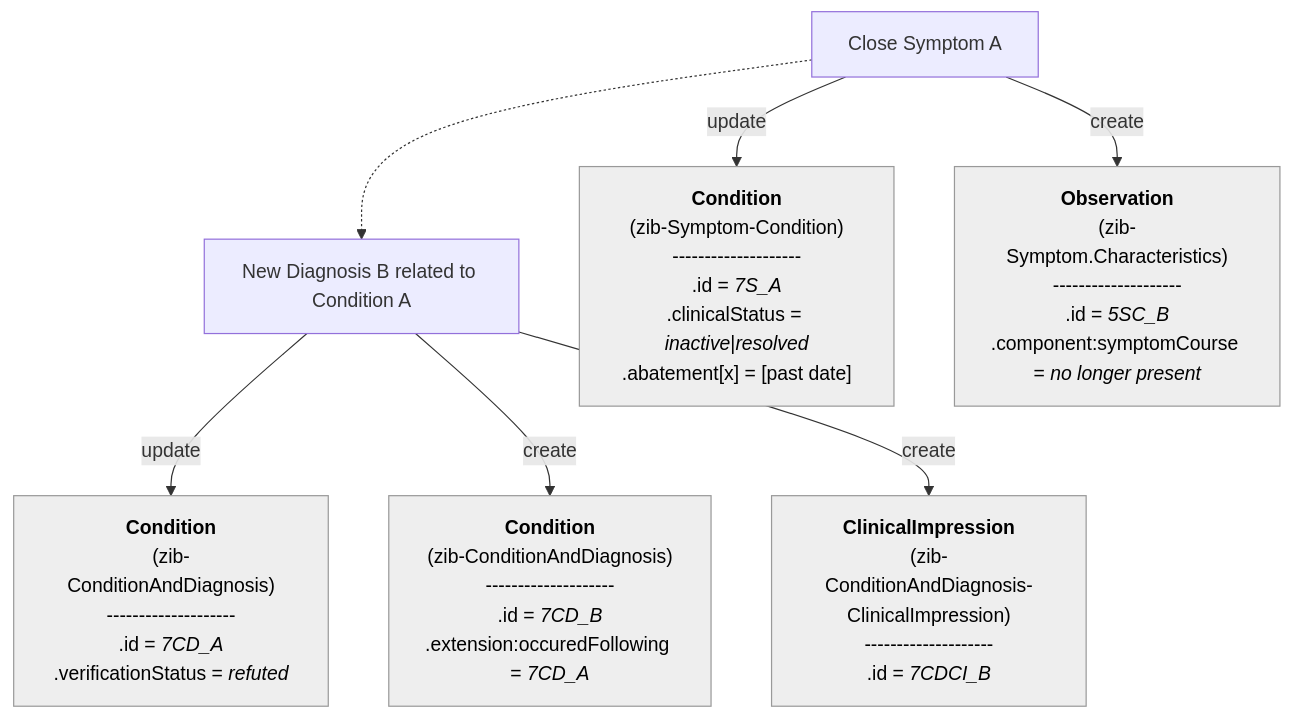
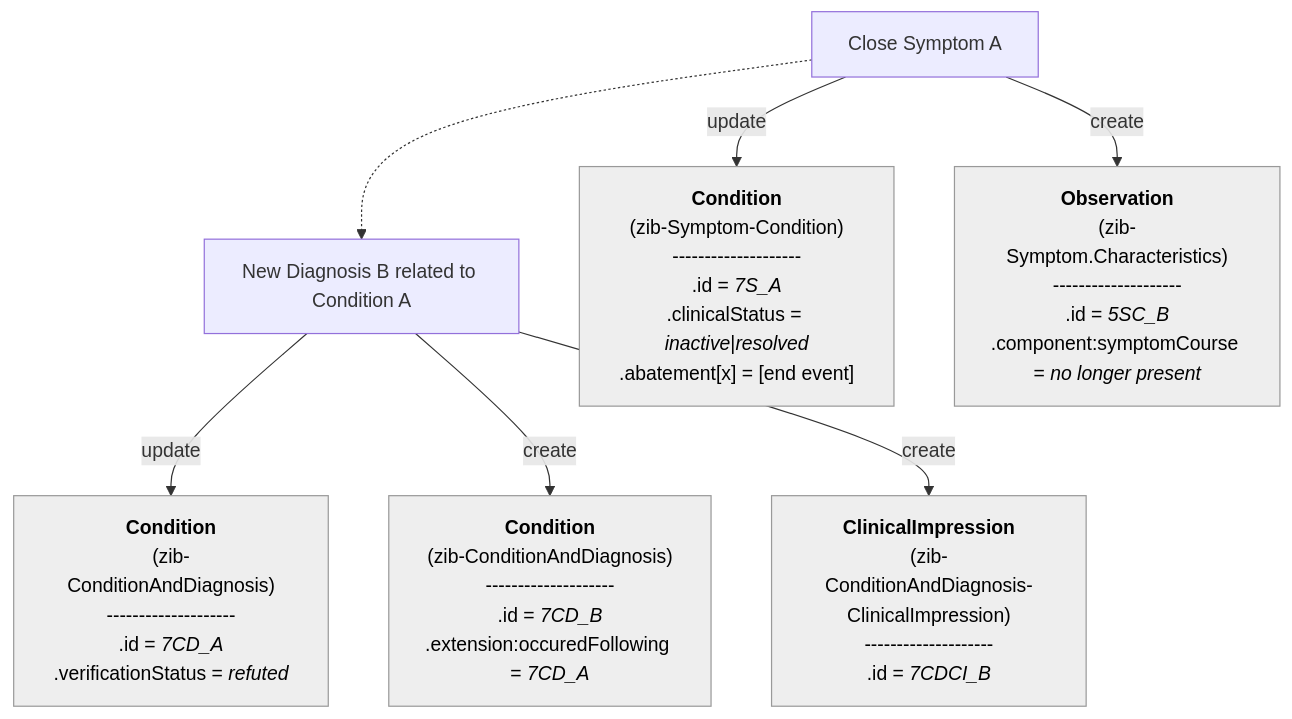
One commit to Nictiz/Nictiz-R4-zib2024 changed diagram 18 of 31 in documentation/Condition-Diagnosis-Symptom.md. Above: the diagram before and after it, drawn with Mermaid. The commit also changed other lines of this file, not shown here.

````diff
--- a/documentation/Condition-Diagnosis-Symptom.md
+++ b/documentation/Condition-Diagnosis-Symptom.md
@@ -629,51 +702,51 @@
 ```mermaid
 flowchart TB
 
 CloseSymptom_A["`Close Symptom A`"]
 NewDiagnosis_B["`New Diagnosis B related to Condition A`"]
 
 CloseSymptom_A -.-> NewDiagnosis_B
 
     S_A["`**Condition**
         (zib-Symptom-Condition)
         --------------------
         .id = _7S_A_
         .clinicalStatus = _inactive_|_resolved_
-        .abatement[x] = [past date]`"]    
+        .abatement[x] = [end event]`"]    
 
     SC_B["`**Observation**
         (zib-Symptom.Characteristics)
         --------------------
         .id = _5SC_B_
         .component:symptomCourse = _no longer present_
         `"]            
 
     CD_A["`**Condition**
         (zib-ConditionAndDiagnosis)
         --------------------
         .id = _7CD_A_
         .verificationStatus = _refuted_`"]
 
     CD_B["`**Condition**
         (zib-ConditionAndDiagnosis)
         --------------------
         .id = _7CD_B_
         .extension:occuredFollowing = _7CD_A_`"] 
     CDCI_B["`**ClinicalImpression**
         (zib-ConditionAndDiagnosis-ClinicalImpression)
         --------------------
         .id = _7CDCI_B_`"] 
 
     S_A:::Ash
     SC_B:::Ash
     CD_A:::Ash
     CD_B:::Ash
     CDCI_B:::Ash
     classDef Ash stroke-width:1px, stroke-dasharray:none, stroke:#999999, fill:#EEEEEE, color:#000000
 
 CloseSymptom_A -- update --> S_A
 CloseSymptom_A -- create --> SC_B
 NewDiagnosis_B -- update --> CD_A
 NewDiagnosis_B -- create --> CD_B
 NewDiagnosis_B -- create --> CDCI_B
 ```
````
